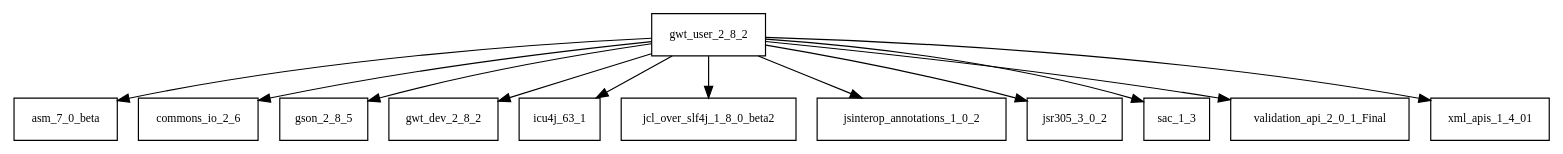
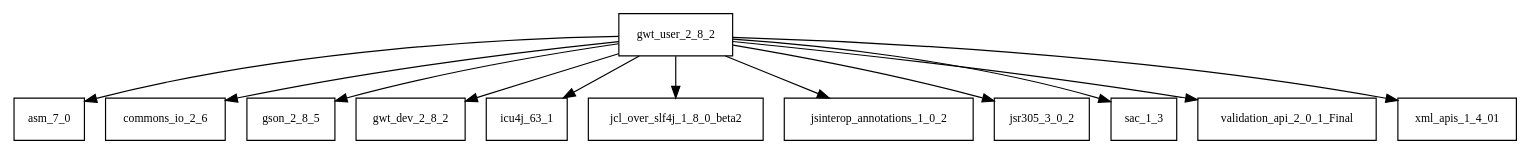
Before and after one commit to Hack23/cia: the diagram in tattleTaleReport/graphviz/gwt-user-2.8.2.jar/gwt-user-2.8.2.jar.dot, drawn with Graphviz. The commit also changed 4165 other files, not shown here.

```diff
--- a/tattleTaleReport/graphviz/gwt-user-2.8.2.jar/gwt-user-2.8.2.jar.dot
+++ b/tattleTaleReport/graphviz/gwt-user-2.8.2.jar/gwt-user-2.8.2.jar.dot
@@ -1,14 +1,14 @@
 digraph gwt_user_2_8_2_dependencies {
   node [shape = box, fontsize=10.0];
-  gwt_user_2_8_2 -> asm_7_0_beta;
+  gwt_user_2_8_2 -> asm_7_0;
   gwt_user_2_8_2 -> commons_io_2_6;
   gwt_user_2_8_2 -> gson_2_8_5;
   gwt_user_2_8_2 -> gwt_dev_2_8_2;
   gwt_user_2_8_2 -> icu4j_63_1;
   gwt_user_2_8_2 -> jcl_over_slf4j_1_8_0_beta2;
   gwt_user_2_8_2 -> jsinterop_annotations_1_0_2;
   gwt_user_2_8_2 -> jsr305_3_0_2;
   gwt_user_2_8_2 -> sac_1_3;
   gwt_user_2_8_2 -> validation_api_2_0_1_Final;
   gwt_user_2_8_2 -> xml_apis_1_4_01;
 }
```
